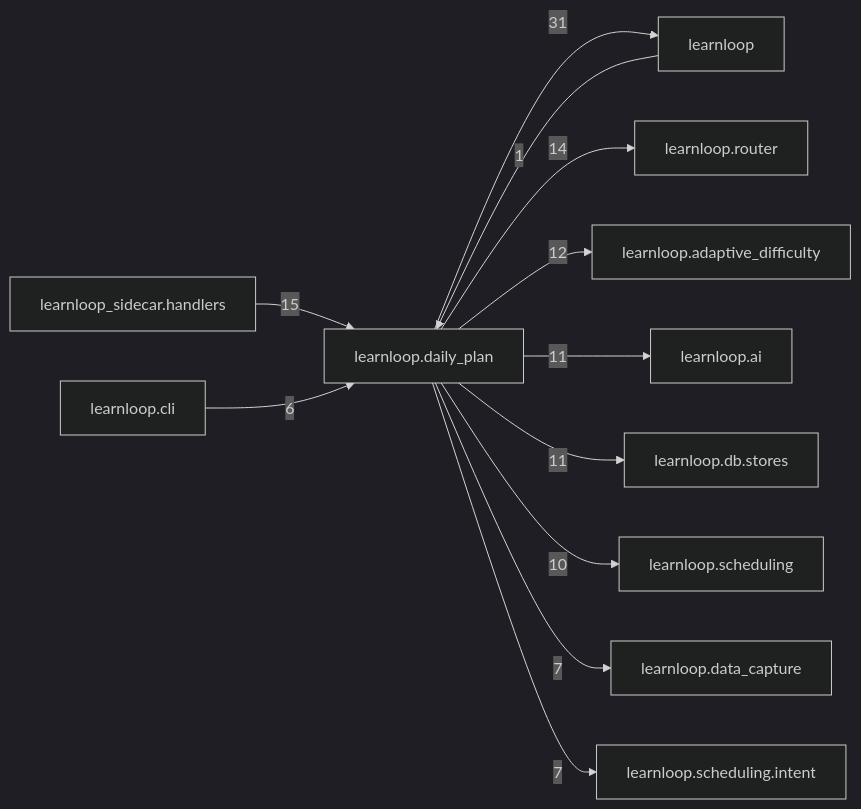
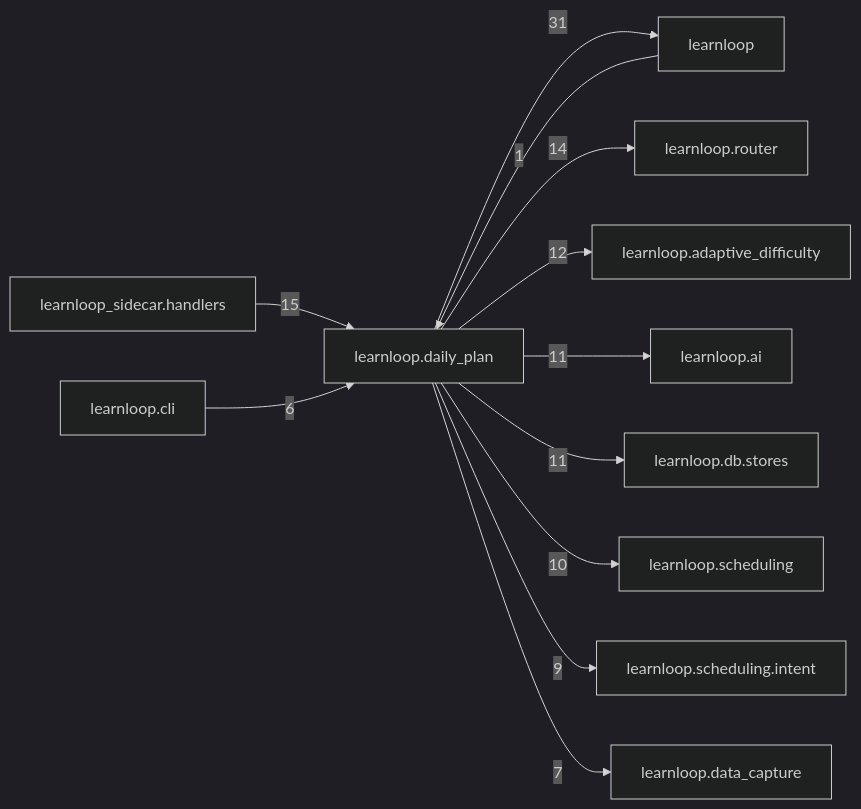
One commit to 6up-b/learnanything changed the diagram in docs/learnloop-architecture-vault/Reference/Modules/learnloop/daily_plan/_package.md. Above: the diagram before and after it, drawn with Mermaid (dark theme). The commit also changed other lines of this file and 18 other files, not shown here.

````diff
--- a/docs/learnloop-architecture-vault/Reference/Modules/learnloop/daily_plan/_package.md
+++ b/docs/learnloop-architecture-vault/Reference/Modules/learnloop/daily_plan/_package.md
@@ -151,25 +151,25 @@
 ```mermaid
 flowchart LR
     center["learnloop.daily_plan"]
     n_learnloop["learnloop"]
     n_learnloop_sidecar_handlers["learnloop_sidecar.handlers"]
     n_learnloop_router["learnloop.router"]
     n_learnloop_adaptive_difficulty["learnloop.adaptive_difficulty"]
     n_learnloop_ai["learnloop.ai"]
     n_learnloop_db_stores["learnloop.db.stores"]
     n_learnloop_scheduling["learnloop.scheduling"]
+    n_learnloop_scheduling_intent["learnloop.scheduling.intent"]
     n_learnloop_data_capture["learnloop.data_capture"]
-    n_learnloop_scheduling_intent["learnloop.scheduling.intent"]
     n_learnloop_cli["learnloop.cli"]
     n_learnloop -->|1| center
     center -->|31| n_learnloop
     n_learnloop_sidecar_handlers -->|15| center
     center -->|14| n_learnloop_router
     center -->|12| n_learnloop_adaptive_difficulty
     center -->|11| n_learnloop_ai
     center -->|11| n_learnloop_db_stores
     center -->|10| n_learnloop_scheduling
+    center -->|9| n_learnloop_scheduling_intent
     center -->|7| n_learnloop_data_capture
-    center -->|7| n_learnloop_scheduling_intent
     n_learnloop_cli -->|6| center
 ```
````
